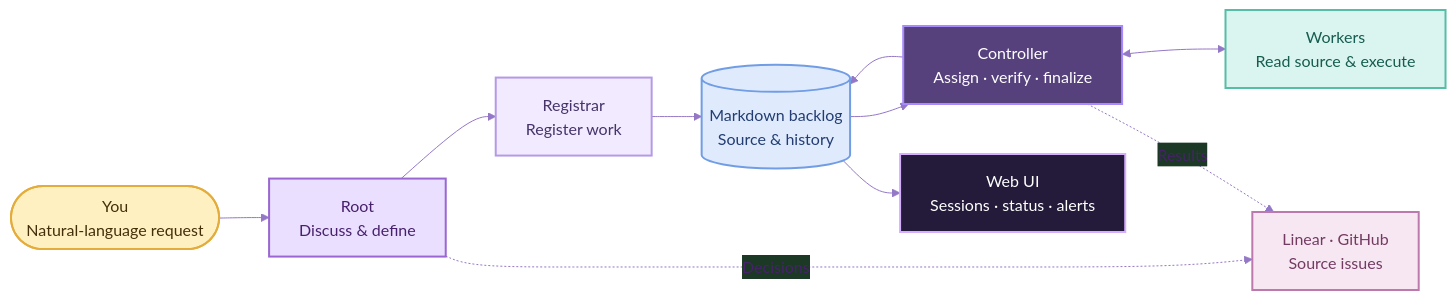
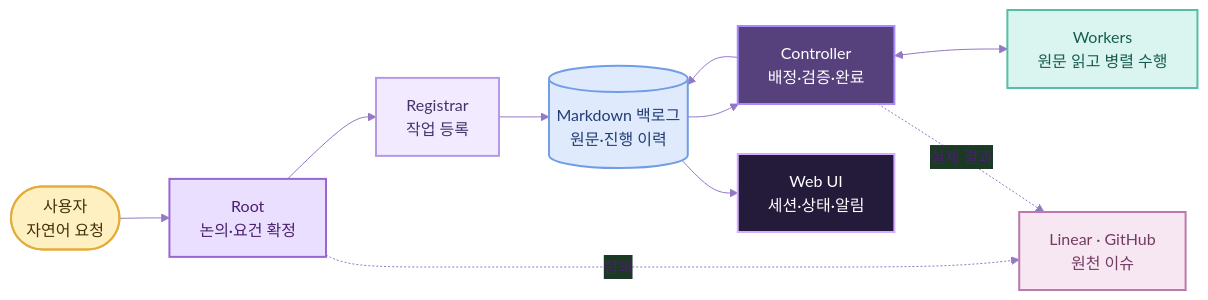
One commit to silverkhan/TaskMecca changed the diagram in README.md. Above: the diagram before and after it, drawn with Mermaid. The commit also changed other lines of this file and 2 other files, not shown here.

````diff
--- a/README.md
+++ b/README.md
@@ -115,22 +116,22 @@
 ```mermaid
-%%{init: {"theme": "base", "themeVariables": {"fontFamily": "Inter, sans-serif", "primaryColor": "#241b39", "primaryTextColor": "#ffffff", "primaryBorderColor": "#9b79d2", "lineColor": "#9477c6", "background": "#141426"}}}%%
+%%{init: {"theme": "base", "themeVariables": {"fontFamily": "Pretendard, Inter, sans-serif", "primaryColor": "#241b39", "primaryTextColor": "#ffffff", "primaryBorderColor": "#9b79d2", "lineColor": "#9477c6", "background": "#141426"}}}%%
 flowchart LR
-    U(["You<br/>Natural-language request"]):::person --> R["Root<br/>Discuss & define"]:::root
-    R --> G["Registrar<br/>Register work"]:::agent
-    G --> B[("Markdown backlog<br/>Source & history")]:::record
-    B --> C["Controller<br/>Assign · verify · finalize"]:::controller
-    C <--> W["Workers<br/>Read source & execute"]:::worker
+    U(["사용자<br/>자연어 요청"]):::person --> R["Root<br/>논의·요건 확정"]:::root
+    R --> G["Registrar<br/>작업 등록"]:::agent
+    G --> B[("Markdown 백로그<br/>원문·진행 이력")]:::record
+    B --> C["Controller<br/>배정·검증·완료"]:::controller
+    C <--> W["Workers<br/>원문 읽고 병렬 수행"]:::worker
     C --> B
-    B --> V["Web UI<br/>Sessions · status · alerts"]:::web
-    R -. Decisions .-> E["Linear · GitHub<br/>Source issues"]:::external
-    C -. Results .-> E
+    B --> V["Web UI<br/>세션·상태·알림"]:::web
+    R -. 합의 .-> E["Linear · GitHub<br/>원천 이슈"]:::external
+    C -. 실제 결과 .-> E
 
     classDef person fill:#FFF0C2,stroke:#E3AC3B,color:#43300A,stroke-width:2px
     classDef root fill:#EADFFF,stroke:#9A66D2,color:#48216C,stroke-width:2px
     classDef agent fill:#F2EAFE,stroke:#B49AE6,color:#45336A,stroke-width:2px
     classDef controller fill:#56417D,stroke:#A78BFA,color:#FFFFFF,stroke-width:2px
     classDef worker fill:#DAF5EF,stroke:#56BDA7,color:#165C50,stroke-width:2px
     classDef record fill:#DFEAFD,stroke:#719DE5,color:#233D72,stroke-width:2px
     classDef web fill:#241B3B,stroke:#D6AEFF,color:#FFFFFF,stroke-width:2px
     classDef external fill:#F7E7F2,stroke:#BD78AE,color:#733B62,stroke-width:2px
 ```
````
